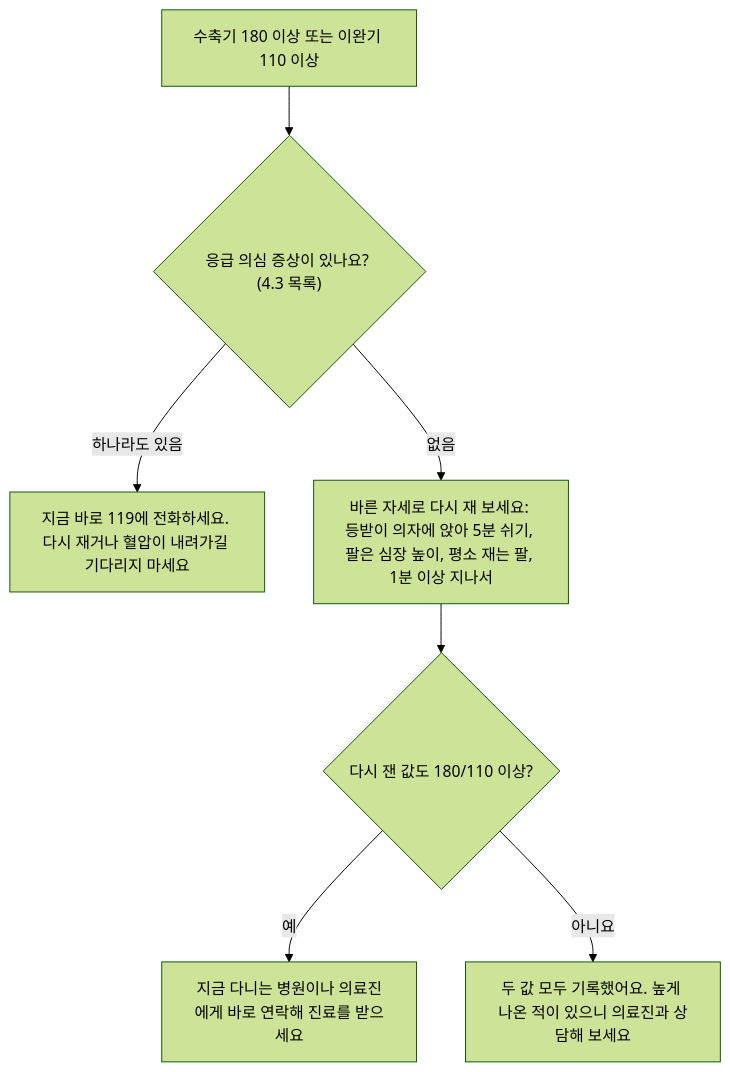
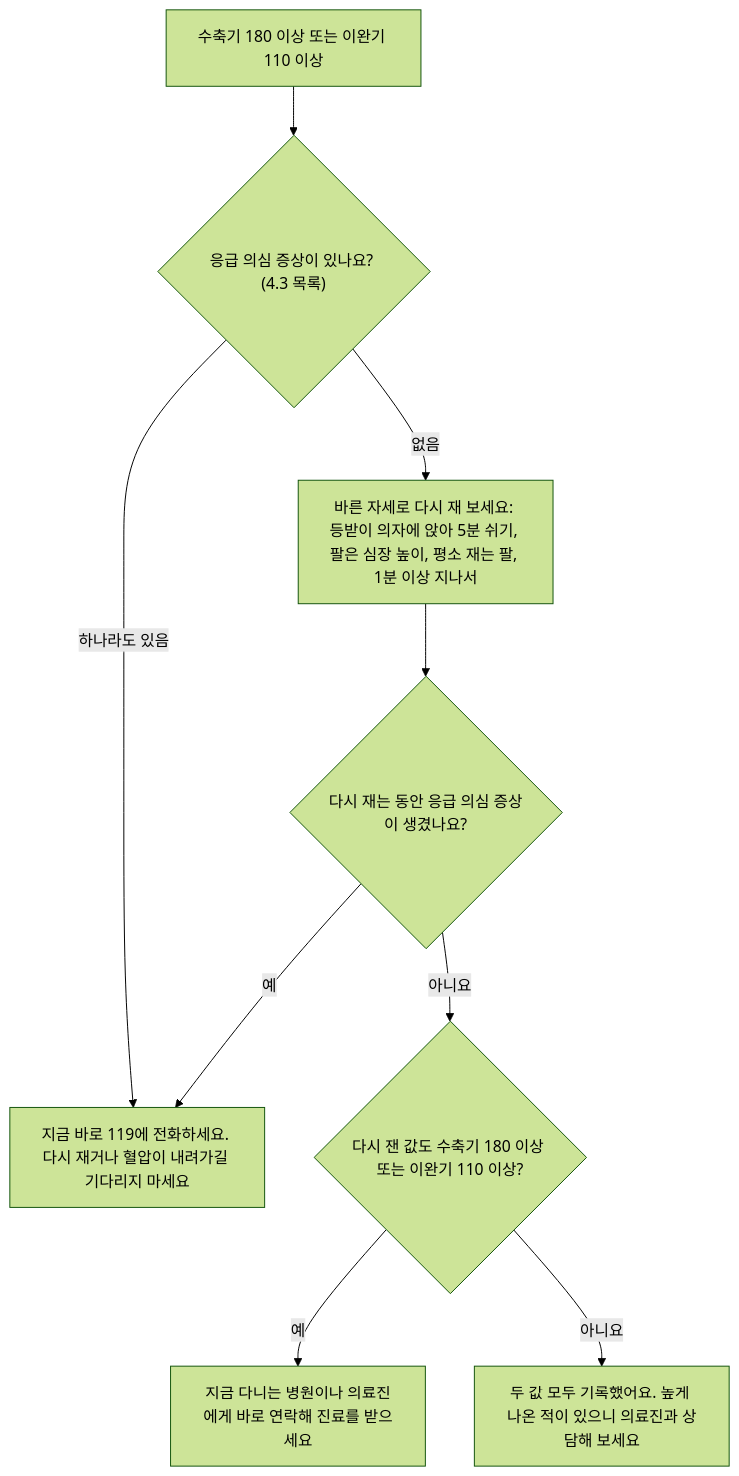
Before and after one commit to AI-HealthCare-07/welloop: the third of 3 diagrams in docs/planning/WELLOOP_챌린지설계_v0.1.md, drawn with Mermaid (forest theme). The commit also changed other lines of this file, not shown here.

````diff
--- a/docs/planning/WELLOOP_챌린지설계_v0.1.md
+++ b/docs/planning/WELLOOP_챌린지설계_v0.1.md
@@ -638,9 +650,11 @@
   ```mermaid
   flowchart TD
       A["수축기 180 이상 또는 이완기 110 이상"] --> B{"응급 의심 증상이 있나요? (4.3 목록)"}
       B -->|하나라도 있음| C["지금 바로 119에 전화하세요. 다시 재거나 혈압이 내려가길 기다리지 마세요"]
       B -->|없음| D["바른 자세로 다시 재 보세요: 등받이 의자에 앉아 5분 쉬기, 팔은 심장 높이, 평소 재는 팔, 1분 이상 지나서"]
-      D --> E{"다시 잰 값도 180/110 이상?"}
+      D --> S{"다시 재는 동안 응급 의심 증상이 생겼나요?"}
+      S -->|예| C
+      S -->|아니요| E{"다시 잰 값도 수축기 180 이상 또는 이완기 110 이상?"}
       E -->|예| F["지금 다니는 병원이나 의료진에게 바로 연락해 진료를 받으세요"]
       E -->|아니요| G["두 값 모두 기록했어요. 높게 나온 적이 있으니 의료진과 상담해 보세요"]
   ```
````
